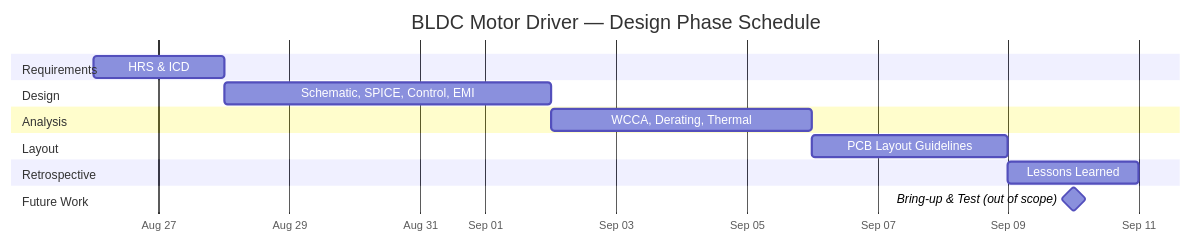
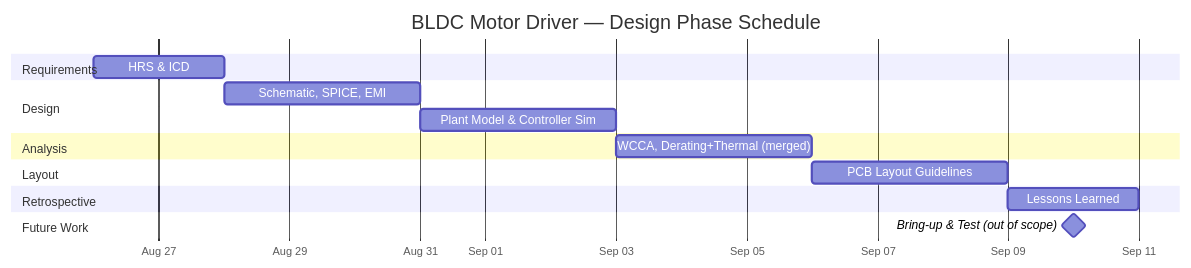
Before and after one commit to ckremer99/bldc-motor-driver: the diagram in README.md, drawn with Mermaid. The commit also changed other lines of this file and 1 other file, not shown here.

````diff
--- a/README.md
+++ b/README.md
@@ -54,25 +56,26 @@
 ```mermaid
 gantt
     title BLDC Motor Driver — Design Phase Schedule
     dateFormat  YYYY-MM-DD
     axisFormat  %b %d
     todayMarker off
 
     section Requirements
     HRS & ICD                          :req, 2026-08-26, 2d
 
     section Design
-    Schematic, SPICE, Control, EMI     :design, after req, 5d
+    Schematic, SPICE, EMI              :design1, after req, 3d
+    Plant Model & Controller Sim       :design2, after design1, 3d
 
     section Analysis
-    WCCA, Derating, Thermal            :analysis, after design, 4d
+    WCCA, Derating+Thermal (merged)    :analysis, after design2, 3d
 
     section Layout
     PCB Layout Guidelines              :layout, after analysis, 3d
 
     section Retrospective
     Lessons Learned                    :retro, after layout, 2d
 
     section Future Work
     Bring-up & Test (out of scope)     :milestone, future, 2026-09-10, 0d
 ```
````
